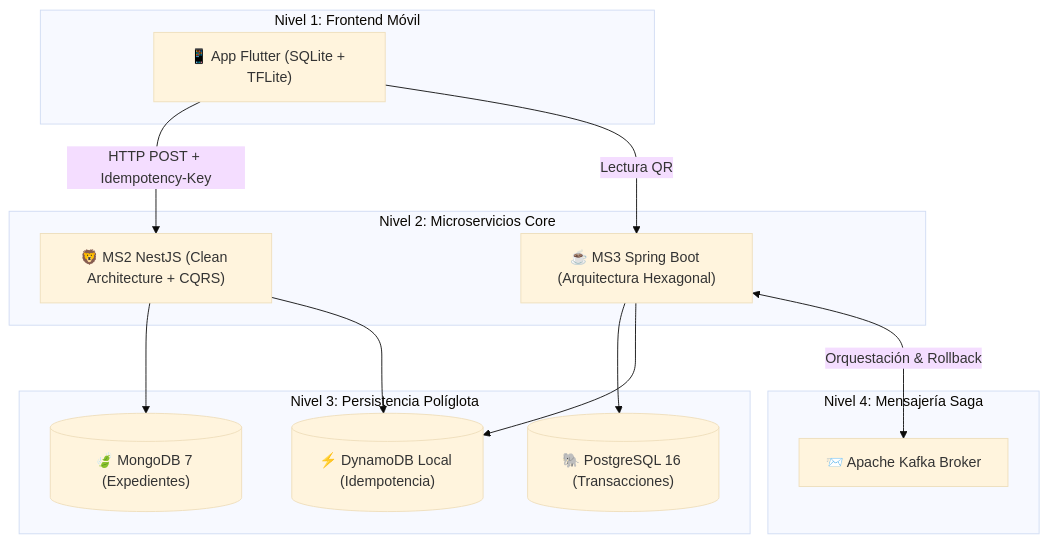
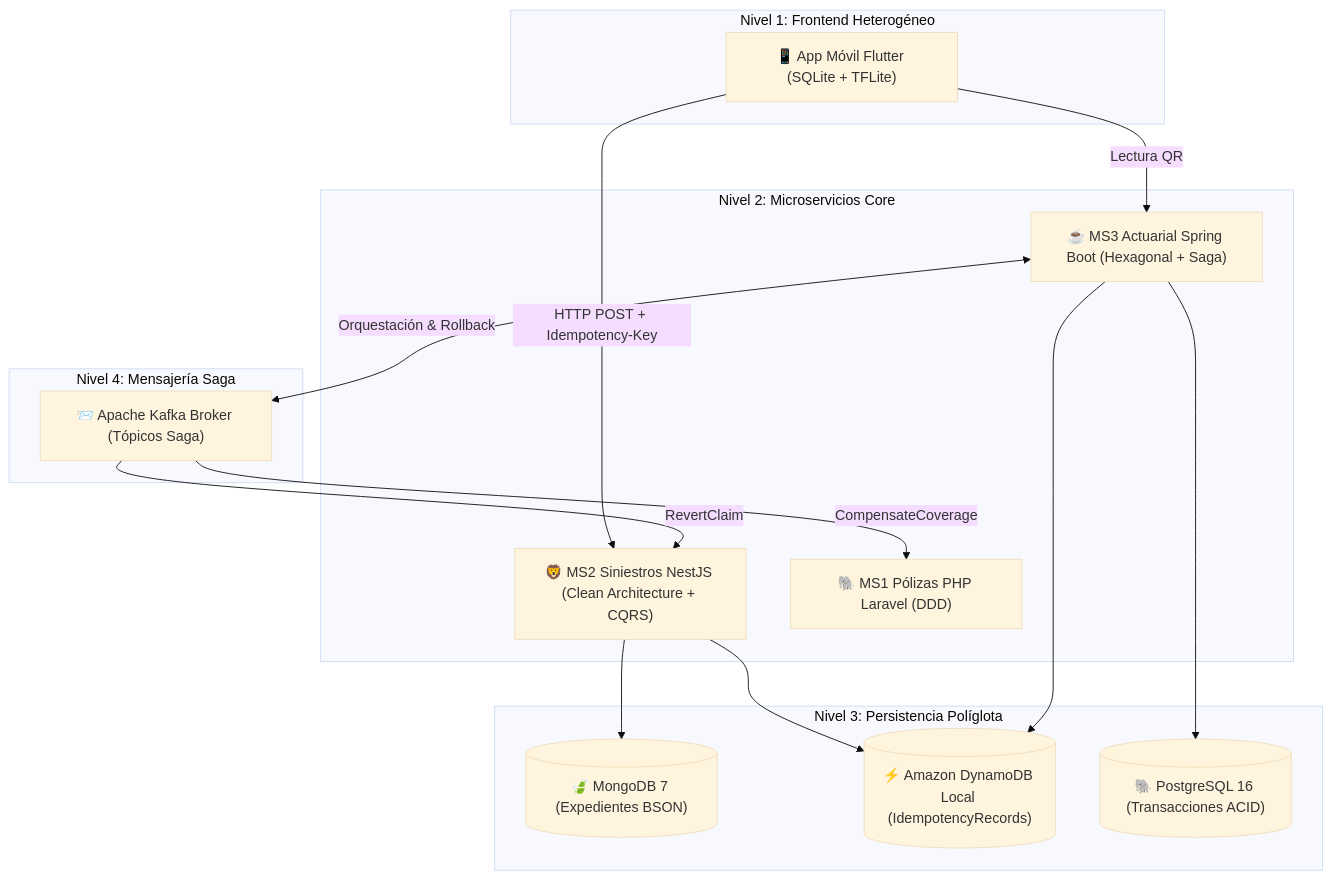
Before and after one commit to DiegoxdGarcia2/2doParcialSW2: diagram 15 of 15 in docs/opcion_B_documentacion.md, drawn with Mermaid (base theme). The commit also changed other lines of this file and 10 other files, not shown here.

Commit message:
docs: actualizar documentacion formal segun guias GuiaDocIconix y agregar panel de navegacion con 14 diagramas en archivo .qea

````diff
--- a/docs/opcion_B_documentacion.md
+++ b/docs/opcion_B_documentacion.md
@@ -841,26 +949,29 @@
 ```mermaid
 flowchart TB
-    subgraph N1["Nivel 1: Frontend Móvil"]
-        FLUTTER["📱 App Flutter (SQLite + TFLite)"]
+    subgraph N1["Nivel 1: Frontend Heterogéneo"]
+        FLUTTER["📱 App Móvil Flutter (SQLite + TFLite)"]
     end
     subgraph N2["Nivel 2: Microservicios Core"]
-        MS2["🦁 MS2 NestJS (Clean Architecture + CQRS)"]
-        MS3["☕ MS3 Spring Boot (Arquitectura Hexagonal)"]
+        MS2["🦁 MS2 Siniestros NestJS (Clean Architecture + CQRS)"]
+        MS3["☕ MS3 Actuarial Spring Boot (Hexagonal + Saga)"]
+        MS1["🐘 MS1 Pólizas PHP Laravel (DDD)"]
     end
     subgraph N3["Nivel 3: Persistencia Políglota"]
-        MONGO[("🍃 MongoDB 7 (Expedientes)")]
-        DYNAMO[("⚡ DynamoDB Local (Idempotencia)")]
-        PG[("🐘 PostgreSQL 16 (Transacciones)")]
+        MONGO[("🍃 MongoDB 7 (Expedientes BSON)")]
+        DYNAMO[("⚡ Amazon DynamoDB Local (IdempotencyRecords)")]
+        PG[("🐘 PostgreSQL 16 (Transacciones ACID)")]
     end
     subgraph N4["Nivel 4: Mensajería Saga"]
-        KAFKA["📨 Apache Kafka Broker"]
+        KAFKA["📨 Apache Kafka Broker (Tópicos Saga)"]
     end
 
     FLUTTER -->|"HTTP POST + Idempotency-Key"| MS2
     FLUTTER -->|"Lectura QR"| MS3
     MS2 --> MONGO
     MS2 --> DYNAMO
     MS3 --> PG
     MS3 --> DYNAMO
     MS3 <-->|"Orquestación & Rollback"| KAFKA
+    KAFKA -->|"CompensateCoverage"| MS1
+    KAFKA -->|"RevertClaim"| MS2
 ```
````
